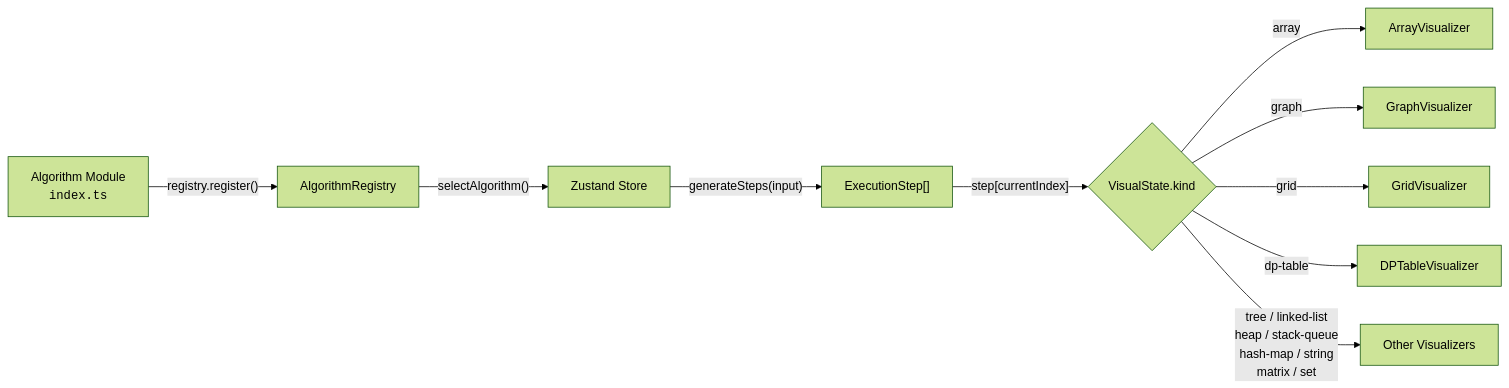
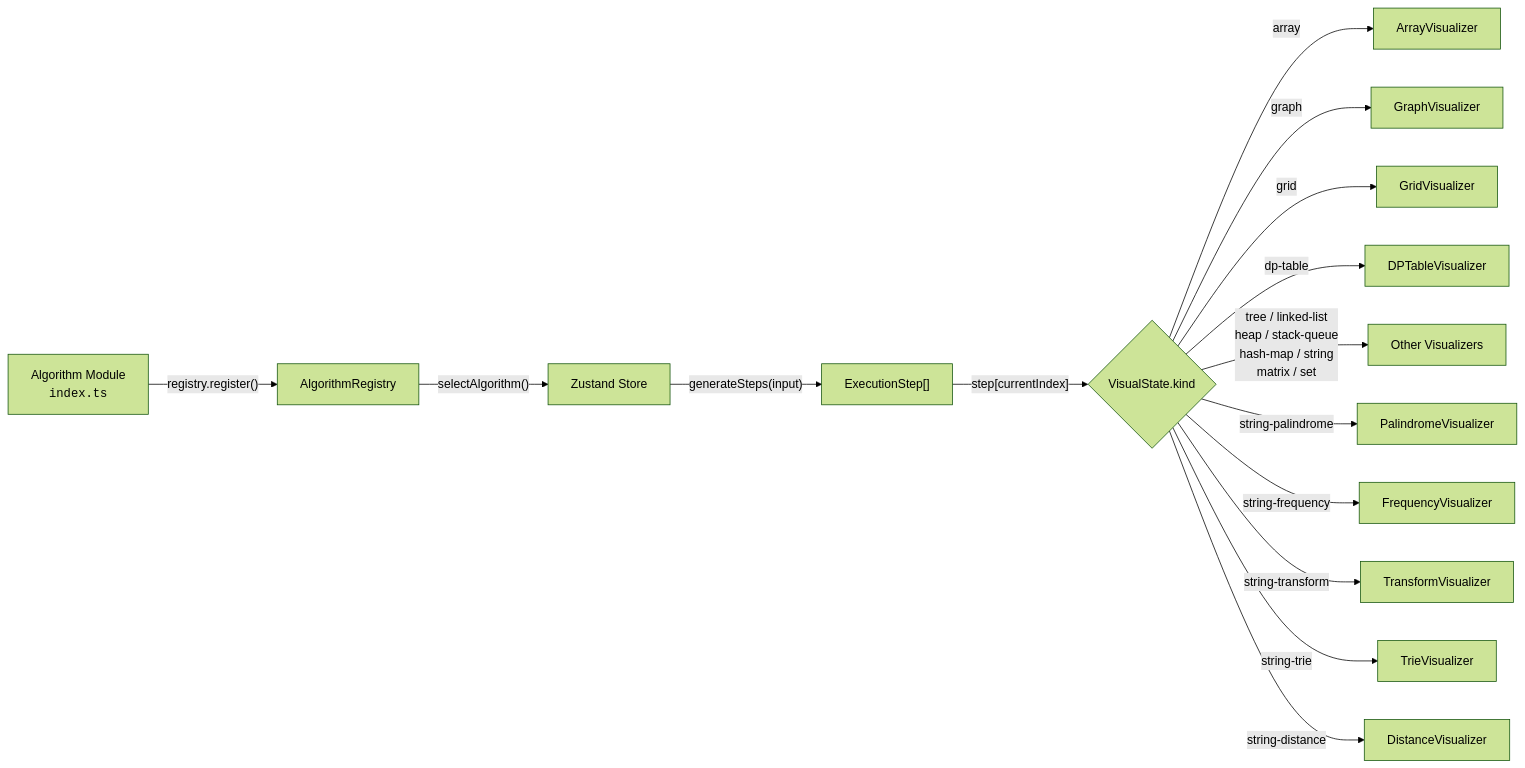
One commit to reshinto/algo_flow changed the first of 2 diagrams in docs/architecture.md. Above: the diagram before and after it, drawn with Mermaid (forest theme). The commit also changed 306 other files, not shown here.

````diff
--- a/docs/architecture.md
+++ b/docs/architecture.md
@@ -42,12 +42,17 @@
 ```mermaid
 flowchart LR
     A["Algorithm Module<br/><code>index.ts</code>"] -- "registry.register()" --> B["AlgorithmRegistry"]
     B -- "selectAlgorithm()" --> C["Zustand Store"]
     C -- "generateSteps(input)" --> D["ExecutionStep[]"]
     D -- "step[currentIndex]" --> E{"VisualState.kind"}
     E -- "array" --> F["ArrayVisualizer"]
     E -- "graph" --> G["GraphVisualizer"]
     E -- "grid" --> H["GridVisualizer"]
     E -- "dp-table" --> I["DPTableVisualizer"]
     E -- "tree / linked-list<br/>heap / stack-queue<br/>hash-map / string<br/>matrix / set" --> J["Other Visualizers"]
+    E -- "string-palindrome" --> K["PalindromeVisualizer"]
+    E -- "string-frequency" --> L["FrequencyVisualizer"]
+    E -- "string-transform" --> M["TransformVisualizer"]
+    E -- "string-trie" --> N["TrieVisualizer"]
+    E -- "string-distance" --> O["DistanceVisualizer"]
 ```
````
